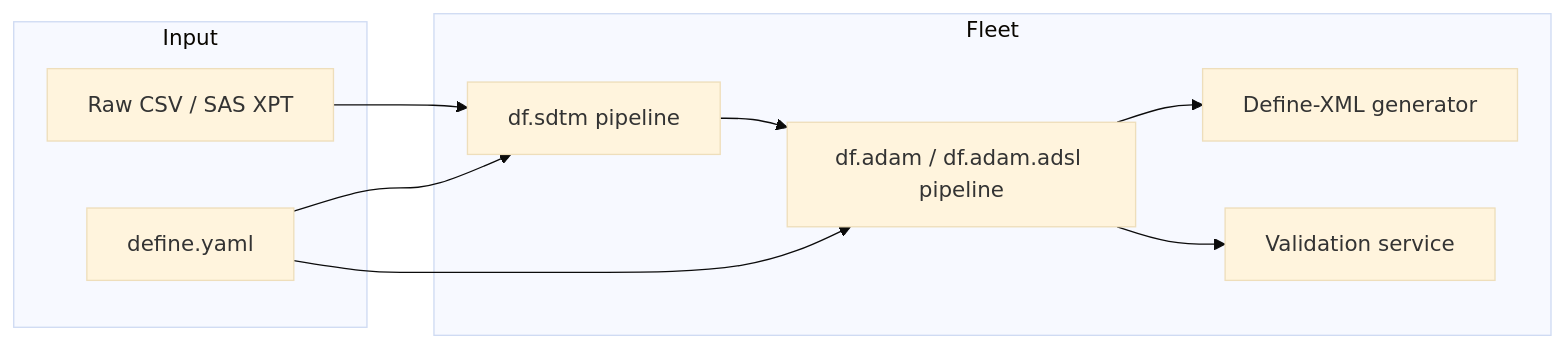
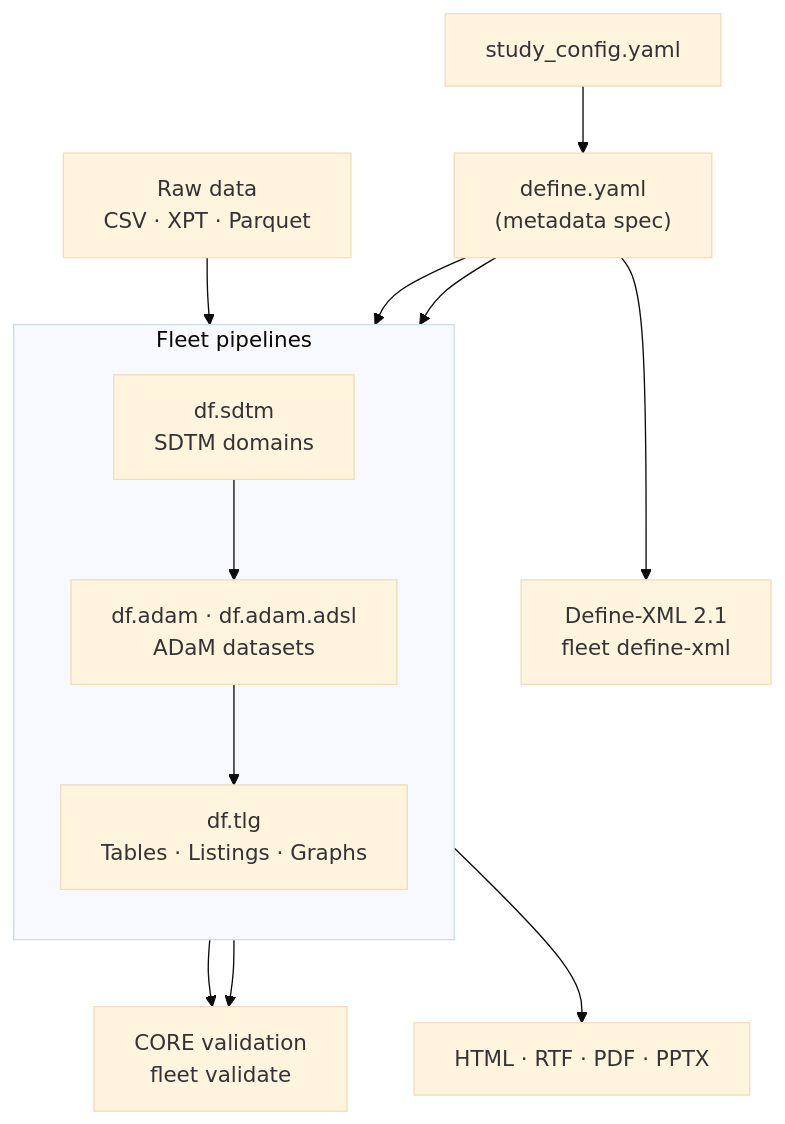
One commit to RealSlimMahdi/fleet-cdisc changed the diagram in docs/index.md. Above: the diagram before and after it, drawn with Mermaid (base theme). The commit also changed other lines of this file and 35 other files, not shown here.

````diff
--- a/docs/index.md
+++ b/docs/index.md
@@ -89,19 +136,22 @@
 ```mermaid
-graph LR
-    subgraph Input
-        RAW[Raw CSV / SAS XPT]
-        SPEC[define.yaml]
+flowchart TD
+    CFG["study_config.yaml"] --> SPEC["define.yaml<br/>(metadata spec)"]
+    RAW["Raw data<br/>CSV · XPT · Parquet"] --> SDTM
+
+    subgraph FLEET["Fleet pipelines"]
+        direction TB
+        SDTM["df.sdtm<br/>SDTM domains"]
+        ADAM["df.adam · df.adam.adsl<br/>ADaM datasets"]
+        TLG["df.tlg<br/>Tables · Listings · Graphs"]
+        SDTM --> ADAM
+        ADAM --> TLG
     end
-    subgraph Fleet
-        SDTM[df.sdtm pipeline]
-        ADAM[df.adam / df.adam.adsl pipeline]
-        XML[Define-XML generator]
-        VAL[Validation service]
-    end
-    RAW --> SDTM
+
     SPEC --> SDTM
     SPEC --> ADAM
-    SDTM --> ADAM
-    ADAM --> XML
+
+    SDTM --> VAL["CORE validation<br/>fleet validate"]
     ADAM --> VAL
+    SPEC --> XML["Define-XML 2.1<br/>fleet define-xml"]
+    TLG --> OUT["HTML · RTF · PDF · PPTX"]
 ```
````
